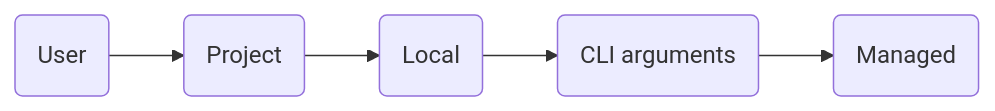
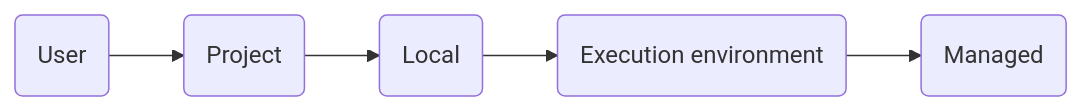
One commit to mcereda/oam changed the first of 3 diagrams in knowledge base/ai/claude/claude code.md. Above: the diagram before and after it, drawn with Mermaid. The commit also changed other lines of this file and 1 other file, not shown here.

````diff
--- a/knowledge base/ai/claude/claude code.md
+++ b/knowledge base/ai/claude/claude code.md
@@ -63,4 +48,4 @@
 ```mermaid
 flowchart LR
-  u("User") --> p("Project") --> l("Local") --> cli("CLI arguments") --> m("Managed")
+  u("User") --> p("Project") --> l("Local") --> e("Execution environment") --> m("Managed")
 ```
````
